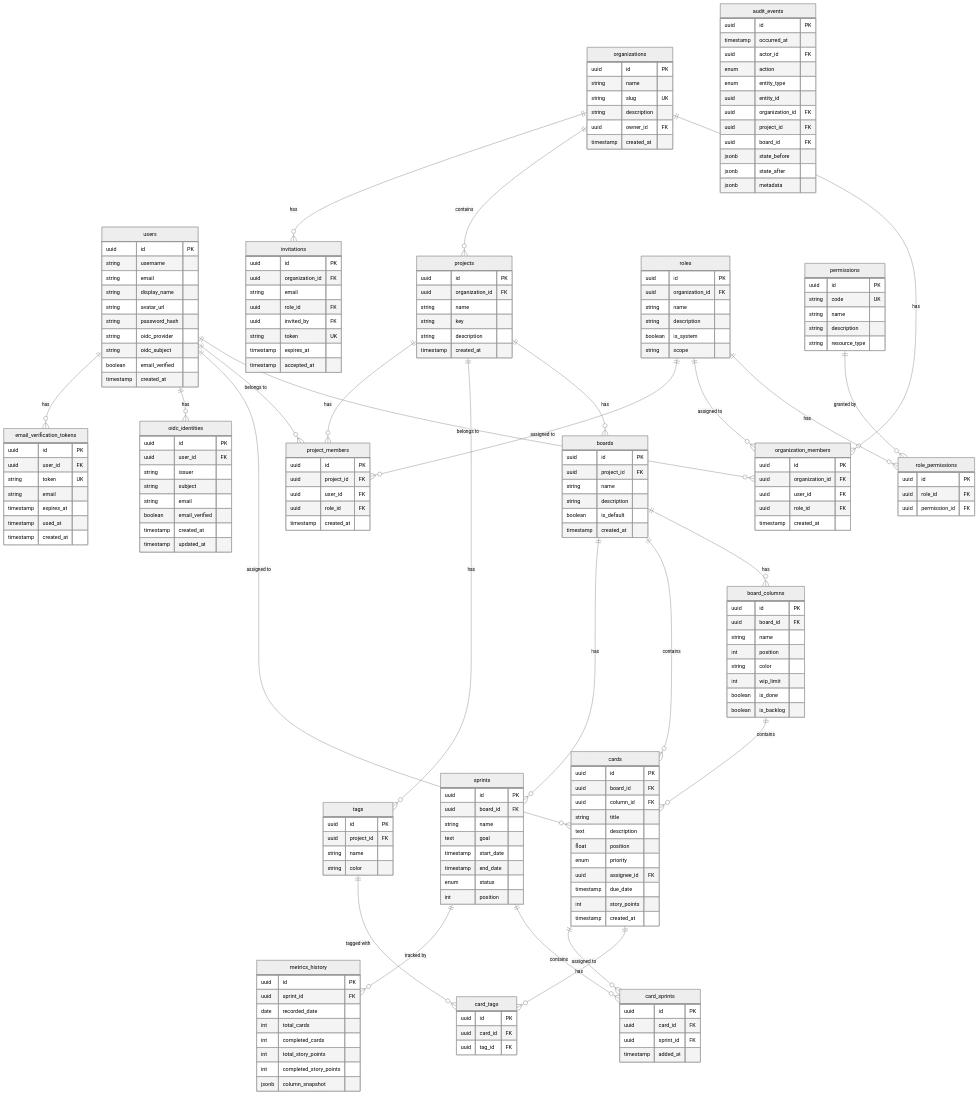
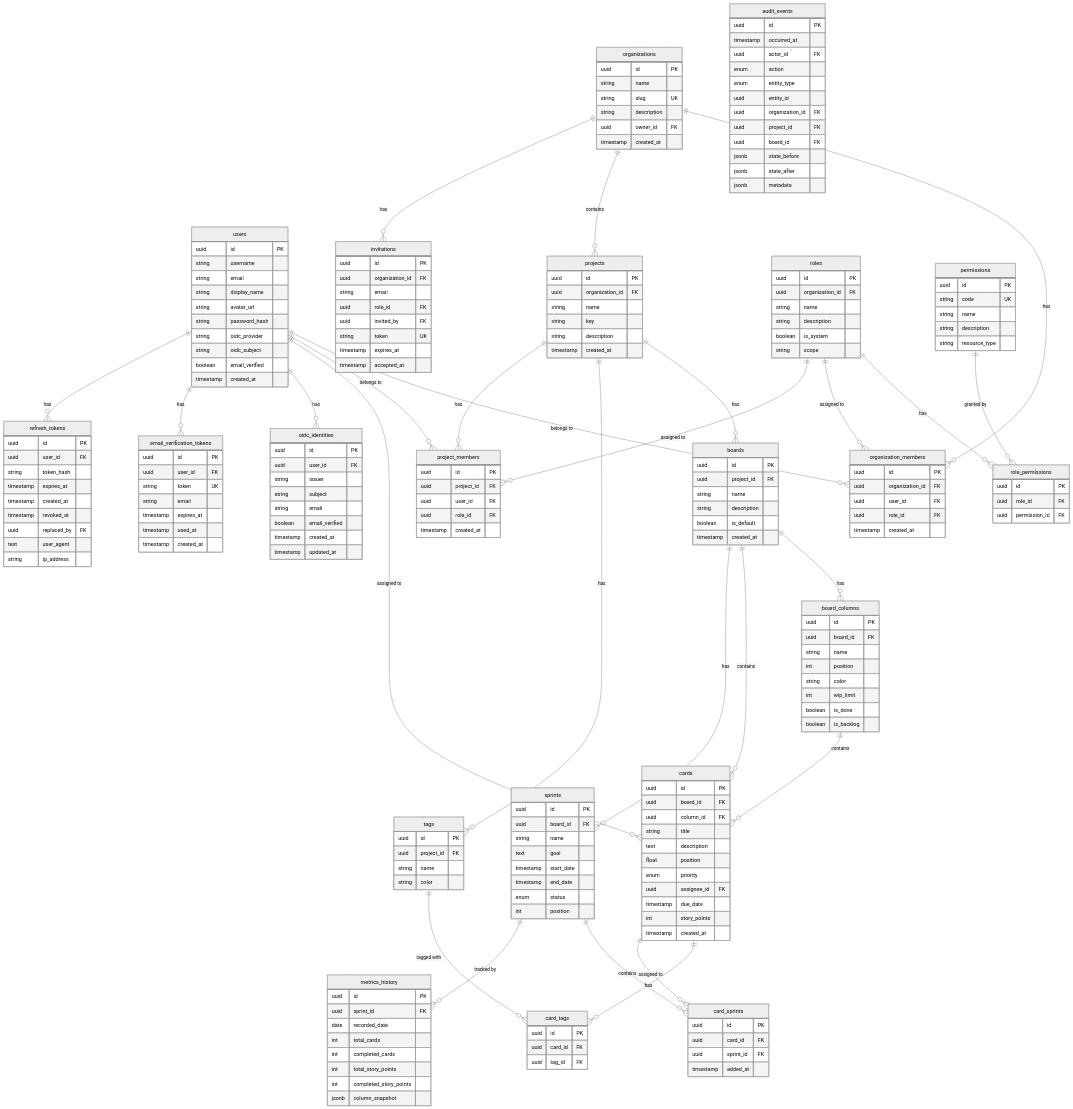
The fifth of 5 diagrams in docs/src/content/docs/development/architecture.md (ThatCatDev/Kaimu), drawn with Mermaid (neutral theme) before and after one commit. The commit also changed other lines of this file and 23 other files, not shown here.

Commit message:
feat: update authentication and refresh tokens

````diff
--- a/docs/src/content/docs/development/architecture.md
+++ b/docs/src/content/docs/development/architecture.md
@@ -251,6 +277,7 @@
     users ||--o{ cards : "assigned to"
     users ||--o{ oidc_identities : "has"
     users ||--o{ email_verification_tokens : "has"
+    users ||--o{ refresh_tokens : "has"
 
     roles ||--o{ role_permissions : "has"
     permissions ||--o{ role_permissions : "granted by"
@@ -449,4 +476,16 @@
         timestamp used_at
         timestamp created_at
     }
+
+    refresh_tokens {
+        uuid id PK
+        uuid user_id FK
+        string token_hash
+        timestamp expires_at
+        timestamp created_at
+        timestamp revoked_at
+        uuid replaced_by FK
+        text user_agent
+        string ip_address
+    }
 ```
````
